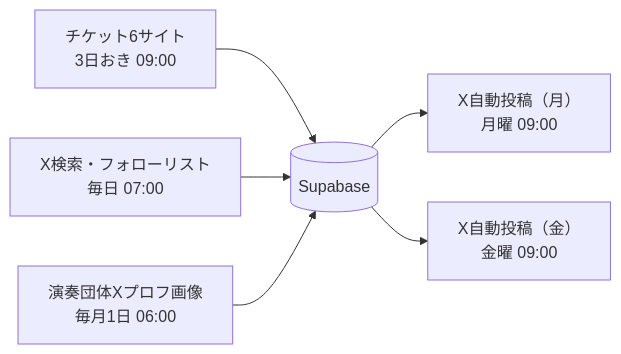
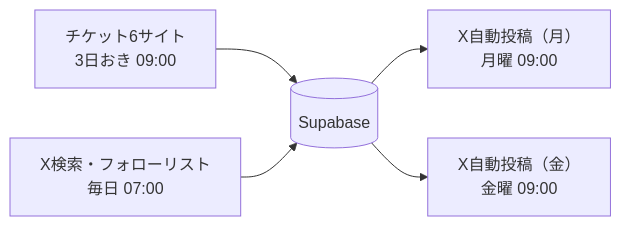
One commit to katarue/minstrel changed the diagram in docs/operations.md. Above: the diagram before and after it, drawn with Mermaid. The commit also changed other lines of this file and 4 other files, not shown here.

````diff
--- a/docs/operations.md
+++ b/docs/operations.md
@@ -108,14 +108,12 @@
 ```mermaid
 flowchart LR
     DB[(Supabase)]
     collectflow["チケット6サイト
 3日おき 09:00"] --> DB
     collectxflow["X検索・フォローリスト
 毎日 07:00"] --> DB
-    collectorganizerxflow["演奏団体Xプロフ画像
-毎月1日 06:00"] --> DB
     DB --> postmondayflow["X自動投稿（月）
 月曜 09:00"]
     DB --> postfridayflow["X自動投稿（金）
 金曜 09:00"]
 ```
````
